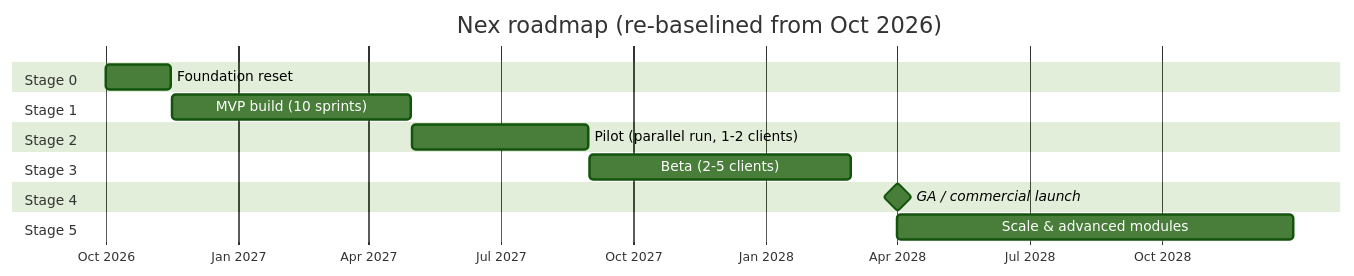
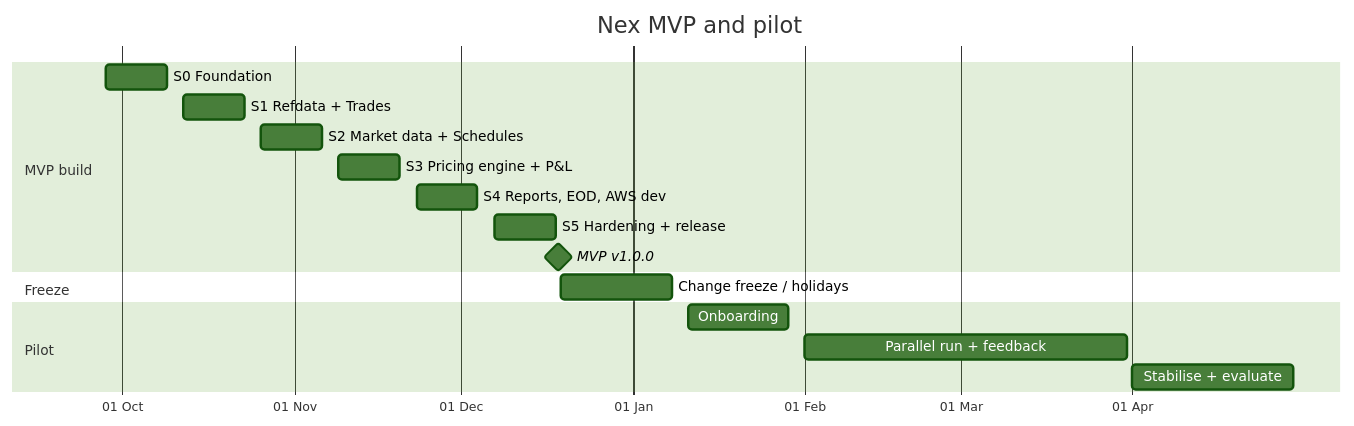
One commit to Mutwila-Alinta/ATS changed the fifth of 5 diagrams in docs/NEX_ARCHITECTURE_AND_ROADMAP.md. Above: the diagram before and after it, drawn with Mermaid (forest theme). The commit also changed other lines of this file and 1 other file, not shown here.

First line of the commit message:
Revise Nex plan to v0.2: Dec 2026 MVP, Docker-to-AWS microservices, React UI

````diff
--- a/docs/NEX_ARCHITECTURE_AND_ROADMAP.md
+++ b/docs/NEX_ARCHITECTURE_AND_ROADMAP.md
@@ -339,18 +654,20 @@
 ```mermaid
 gantt
-  title Nex roadmap (re-baselined from Oct 2026)
+  title Nex MVP and pilot
   dateFormat YYYY-MM-DD
-  axisFormat %b %Y
-  section Stage 0
-  Foundation reset                 :s0, 2026-10-01, 2026-11-15
-  section Stage 1
-  MVP build (10 sprints)           :s1, 2026-11-16, 2027-04-30
-  section Stage 2
-  Pilot (parallel run, 1-2 clients):s2, 2027-05-01, 2027-08-31
-  section Stage 3
-  Beta (2-5 clients)               :s3, 2027-09-01, 2028-02-29
-  section Stage 4
-  GA / commercial launch           :milestone, s4, 2028-04-01, 1d
-  section Stage 5
-  Scale & advanced modules         :s5, 2028-04-01, 2028-12-31
+  axisFormat %d %b
+  section MVP build
+  S0 Foundation              :s0, 2026-09-28, 2026-10-09
+  S1 Refdata + Trades        :s1, 2026-10-12, 2026-10-23
+  S2 Market data + Schedules :s2, 2026-10-26, 2026-11-06
+  S3 Pricing engine + P&L    :s3, 2026-11-09, 2026-11-20
+  S4 Reports, EOD, AWS dev   :s4, 2026-11-23, 2026-12-04
+  S5 Hardening + release     :s5, 2026-12-07, 2026-12-18
+  MVP v1.0.0                 :milestone, m1, 2026-12-18, 1d
+  section Freeze
+  Change freeze / holidays   :f, 2026-12-19, 2027-01-08
+  section Pilot
+  Onboarding                 :p1, 2027-01-11, 2027-01-29
+  Parallel run + feedback    :p2, 2027-02-01, 2027-03-31
+  Stabilise + evaluate       :p3, 2027-04-01, 2027-04-30
 ```
````
